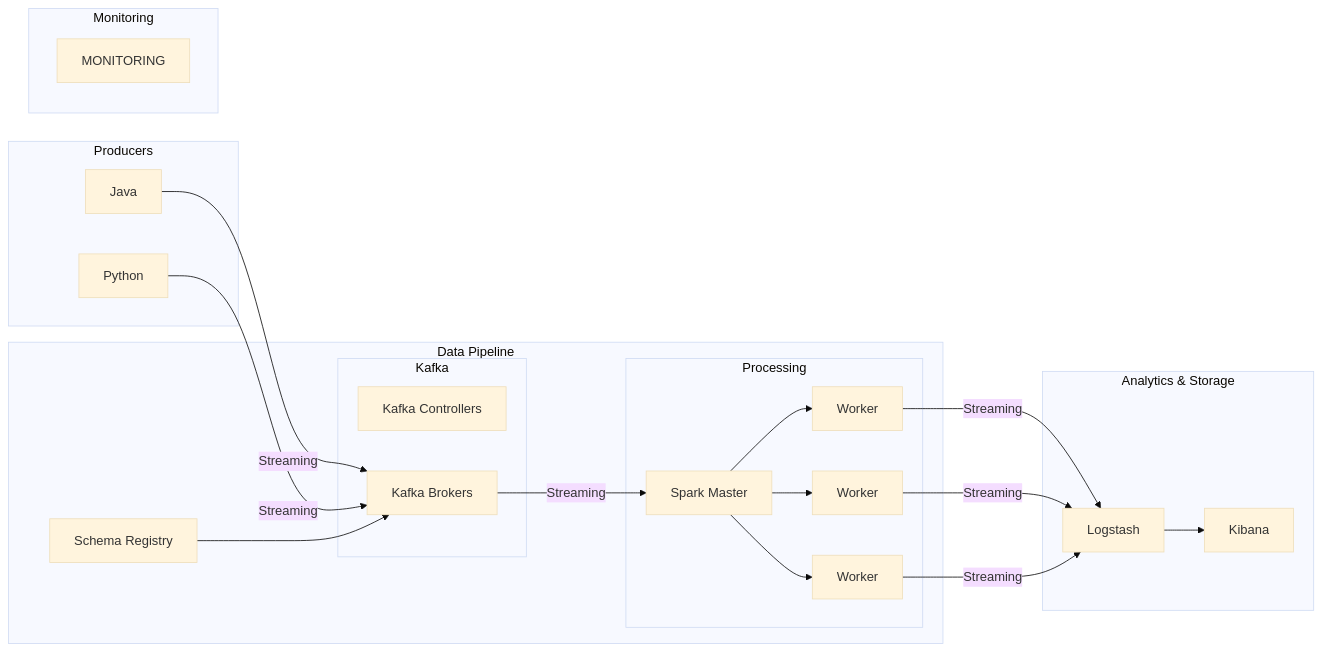
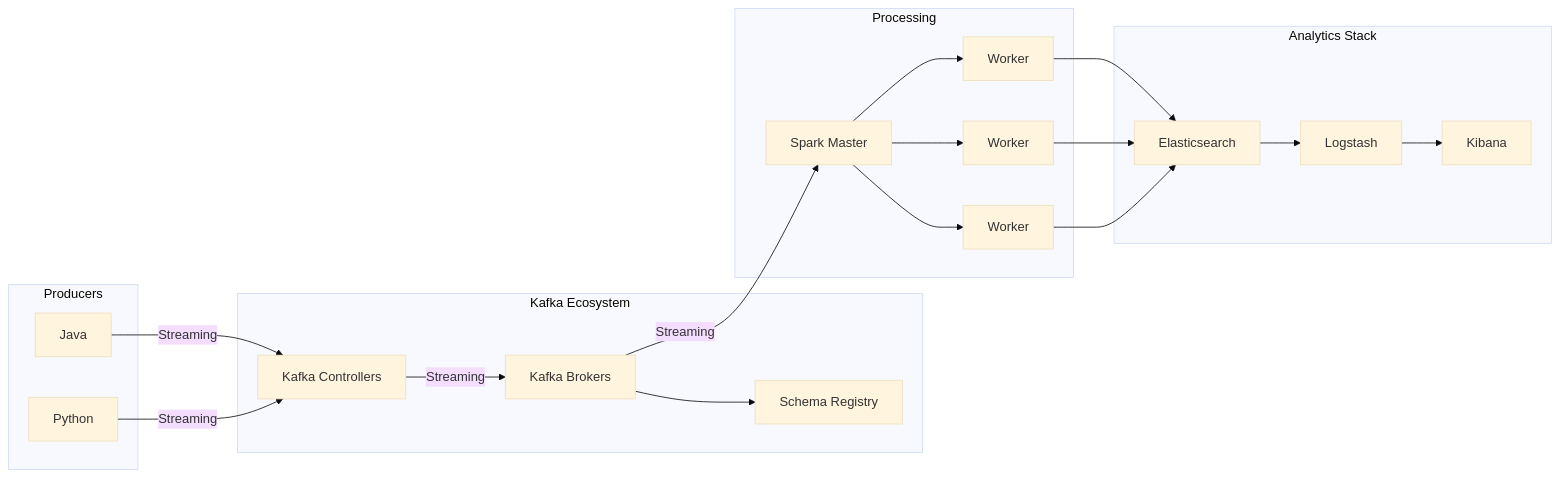
Before and after one commit to hassonor/kafka-spark-data-engineering: the diagram in README.md, drawn with Mermaid (base theme).

Commit message:
update graph

````diff
--- a/README.md
+++ b/README.md
@@ -111,45 +111,41 @@
 ```mermaid
 graph LR
-    subgraph Producers
+    subgraph "Producers"
         java[Java]
         python[Python]
     end
 
-    subgraph "Data Pipeline"
+    subgraph "Kafka Ecosystem"
+        kc[Kafka Controllers]
+        kb[Kafka Brokers]
         sr[Schema Registry]
-        
-        subgraph "Kafka"
-            kc[Kafka Controllers]
-            kb[Kafka Brokers]
-        end
-
-        subgraph "Processing"
-            master[Spark Master]
-            w1[Worker]
-            w2[Worker]
-            w3[Worker]
-        end
     end
 
-    subgraph "Analytics & Storage"
-        kibana[Kibana]
-        logstash[Logstash]
+    subgraph "Processing"
+        master[Spark Master]
+        w1[Worker]
+        w2[Worker]
+        w3[Worker]
     end
 
-    subgraph "Monitoring"
-        mon[MONITORING]
+    subgraph "Analytics Stack"
+        es[Elasticsearch]
+        logstash[Logstash]
+        kibana[Kibana]
     end
 
     %% Connections
-    java -- Streaming --> kb
-    python -- Streaming --> kb
-    sr --> kb
+    java -- Streaming --> kc
+    python -- Streaming --> kc
+    kc -- Streaming --> kb
+    kb --> sr
     kb -- Streaming --> master
     master --> w1
     master --> w2
     master --> w3
-    w1 -- Streaming --> logstash
-    w2 -- Streaming --> logstash
-    w3 -- Streaming --> logstash
+    w1 --> es
+    w2 --> es
+    w3 --> es
+    es --> logstash
     logstash --> kibana
 ```
````
